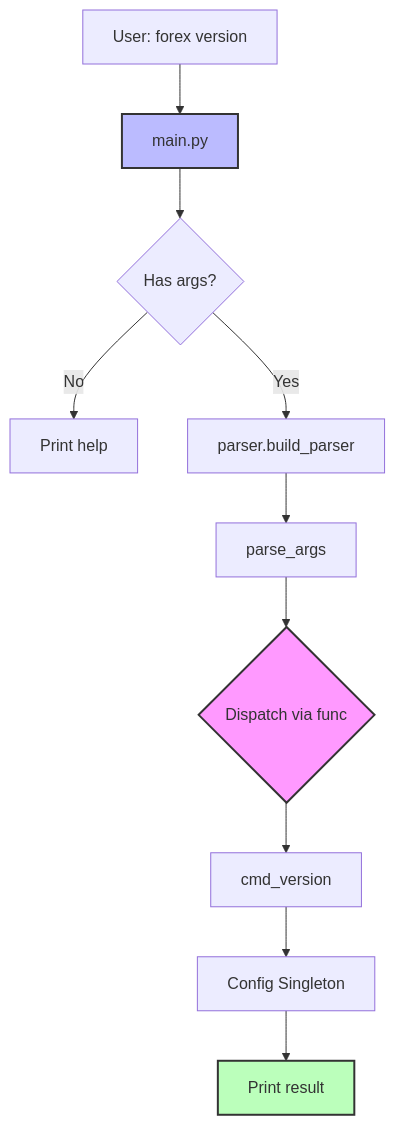
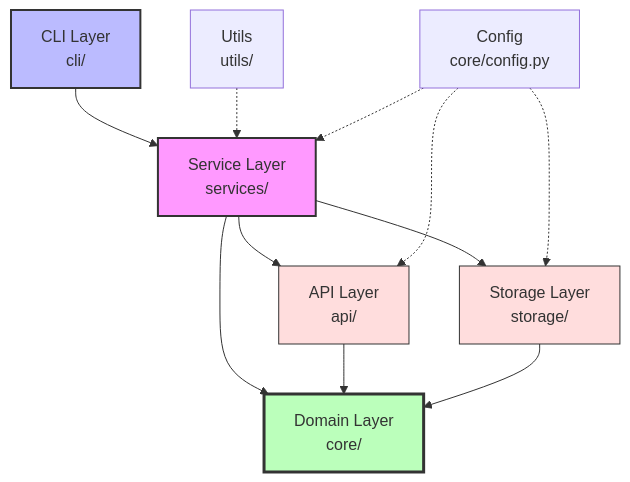
Before and after one commit to YaserEleraky/forex-tracker: the diagram in README.md, drawn with Mermaid. The commit also changed other lines of this file and 2 other files, not shown here.

````diff
--- a/README.md
+++ b/README.md
@@ -211,16 +289,19 @@
 ```mermaid
 graph TD
-    A[User: forex version] --> B[main.py]
-    B --> C{Has args?}
-    C -->|No| D[Print help]
-    C -->|Yes| E[parser.build_parser]
-    E --> F[parse_args]
-    F --> G{Dispatch via func}
-    G --> H[cmd_version]
-    H --> I[Config Singleton]
-    I --> J[Print result]
+    A[CLI Layer<br/>cli/] --> B[Service Layer<br/>services/]
+    B --> C[API Layer<br/>api/]
+    B --> D[Storage Layer<br/>storage/]
+    B --> E[Domain Layer<br/>core/]
+    C --> E
+    D --> E
+    F[Utils<br/>utils/] -.-> B
+    G[Config<br/>core/config.py] -.-> C
+    G -.-> D
+    G -.-> B
 
-    style B fill:#bbf,stroke:#333,stroke-width:2px
-    style G fill:#f9f,stroke:#333,stroke-width:2px
-    style J fill:#bfb,stroke:#333,stroke-width:2px
+    style A fill:#bbf,stroke:#333,stroke-width:2px
+    style B fill:#f9f,stroke:#333,stroke-width:2px
+    style E fill:#bfb,stroke:#333,stroke-width:3px
+    style C fill:#fdd,stroke:#333
+    style D fill:#fdd,stroke:#333
 ```
````
